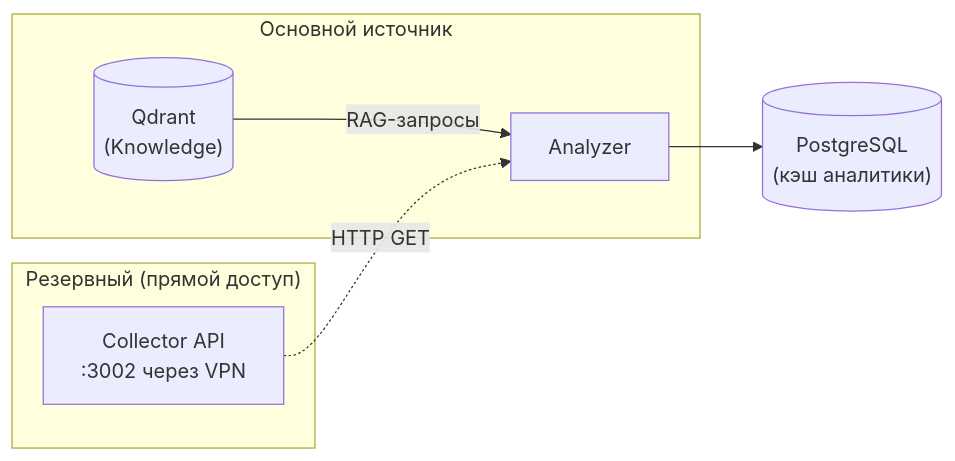
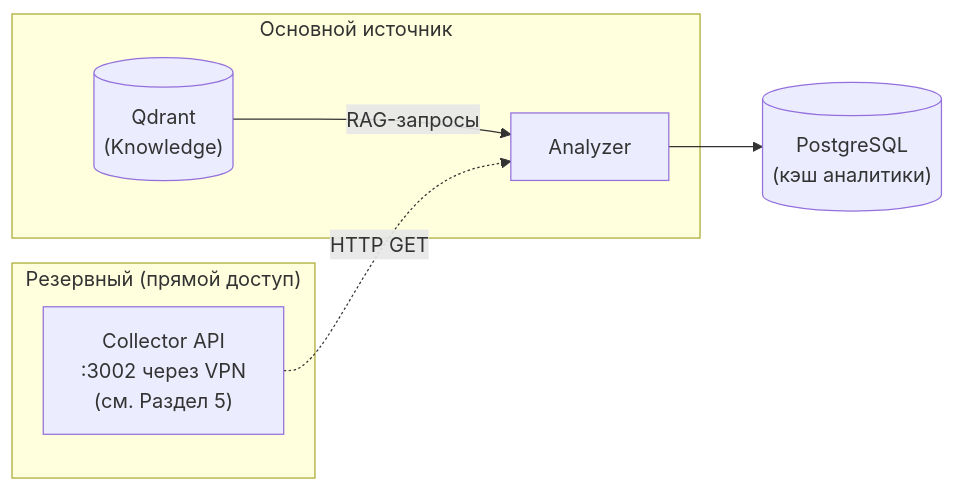
One commit to Sign25/Docs changed the third of 4 diagrams in watcher/adolf_watcher_6_analyzer_open_webui.md. Above: the diagram before and after it, drawn with Mermaid. The commit also changed other lines of this file, not shown here.

Commit message:
Watcher v4.1: Раздел 6 — Analyzer и Open WebUI (обновлены перекрёстные ссылки, входные данные, версия)

````diff
--- a/watcher/adolf_watcher_6_analyzer_open_webui.md
+++ b/watcher/adolf_watcher_6_analyzer_open_webui.md
@@ -280,12 +286,12 @@
 ```mermaid
 flowchart LR
     subgraph PRIMARY["Основной источник"]
         QD[("Qdrant<br/>(Knowledge)")] -->|"RAG-запросы"| AZ["Analyzer"]
     end
 
     subgraph FALLBACK["Резервный (прямой доступ)"]
-        COL["Collector API<br/>:3002 через VPN"] -.->|"HTTP GET"| AZ
+        COL["Collector API<br/>:3002 через VPN<br/>(см. Раздел 5)"] -.->|"HTTP GET"| AZ
     end
 
     AZ --> PG[("PostgreSQL<br/>(кэш аналитики)")]
 ```
````
